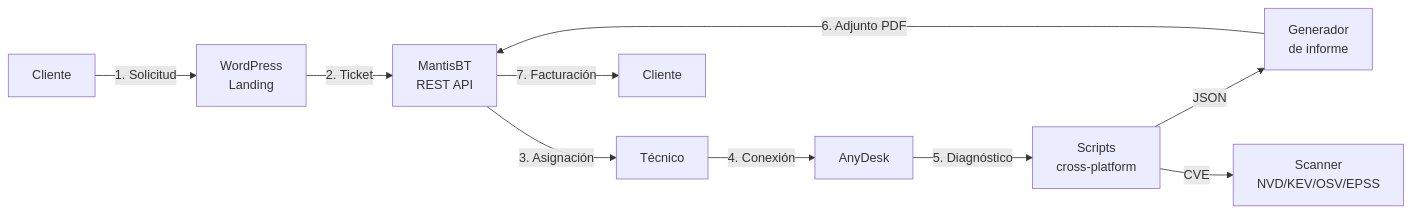
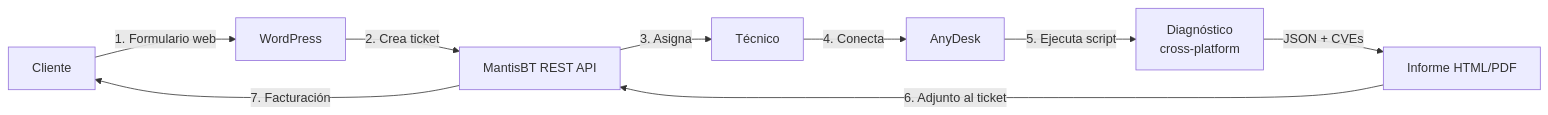
Before and after one commit to Haplee/ResolvCore: the diagram in README.md, drawn with Mermaid. The commit also changed other lines of this file, not shown here.

````diff
--- a/README.md
+++ b/README.md
@@ -89,12 +71,11 @@
 ```mermaid
 flowchart LR
-    A[Cliente] -->|1. Solicitud| B[WordPress<br/>Landing]
-    B -->|2. Ticket| C[MantisBT<br/>REST API]
-    C -->|3. Asignación| D[Técnico]
-    D -->|4. Conexión| E[AnyDesk]
-    E -->|5. Diagnóstico| F[Scripts<br/>cross-platform]
-    F -->|JSON| G[Generador<br/>de informe]
-    F -->|CVE| H[Scanner<br/>NVD/KEV/OSV/EPSS]
-    G -->|6. Adjunto PDF| C
-    C -->|7. Facturación| I[Cliente]
+    A[Cliente] -->|1. Formulario web| B[WordPress]
+    B -->|2. Crea ticket| C[MantisBT REST API]
+    C -->|3. Asigna| D[Técnico]
+    D -->|4. Conecta| E[AnyDesk]
+    E -->|5. Ejecuta script| F[Diagnóstico\ncross-platform]
+    F -->|JSON + CVEs| G[Informe HTML/PDF]
+    G -->|6. Adjunto al ticket| C
+    C -->|7. Facturación| A
 ```
````
